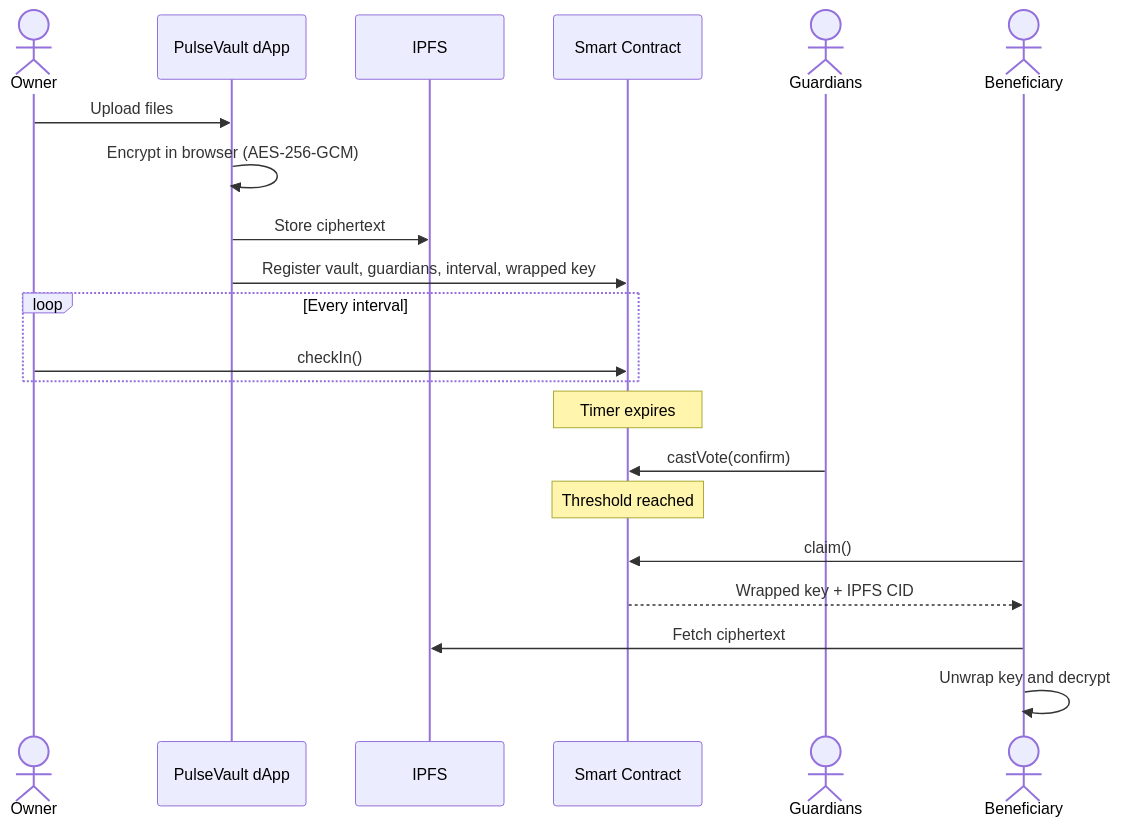
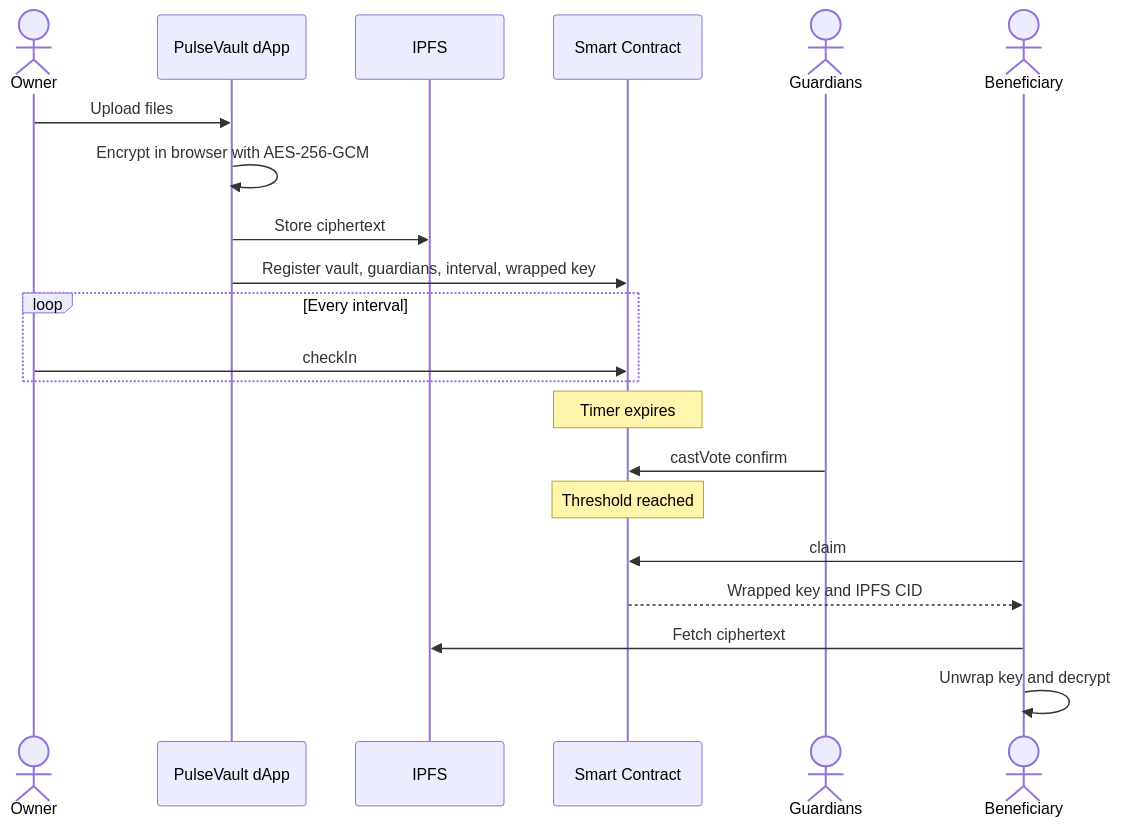
The second of 2 diagrams in README.md (tarunt-07/PulseVault), drawn with Mermaid before and after one commit. The commit also changed other lines of this file, not shown here.

````diff
--- a/README.md
+++ b/README.md
@@ -141,24 +77,24 @@
 ```mermaid
 sequenceDiagram
     actor O as Owner
     participant A as PulseVault dApp
     participant I as IPFS
     participant S as Smart Contract
     actor G as Guardians
     actor B as Beneficiary
 
     O->>A: Upload files
-    A->>A: Encrypt in browser (AES-256-GCM)
+    A->>A: Encrypt in browser with AES-256-GCM
     A->>I: Store ciphertext
     A->>S: Register vault, guardians, interval, wrapped key
     loop Every interval
-        O->>S: checkIn()
+        O->>S: checkIn
     end
     Note over S: Timer expires
-    G->>S: castVote(confirm)
+    G->>S: castVote confirm
     Note over S: Threshold reached
-    B->>S: claim()
-    S-->>B: Wrapped key + IPFS CID
+    B->>S: claim
+    S-->>B: Wrapped key and IPFS CID
     B->>I: Fetch ciphertext
     B->>B: Unwrap key and decrypt
 ```
````
